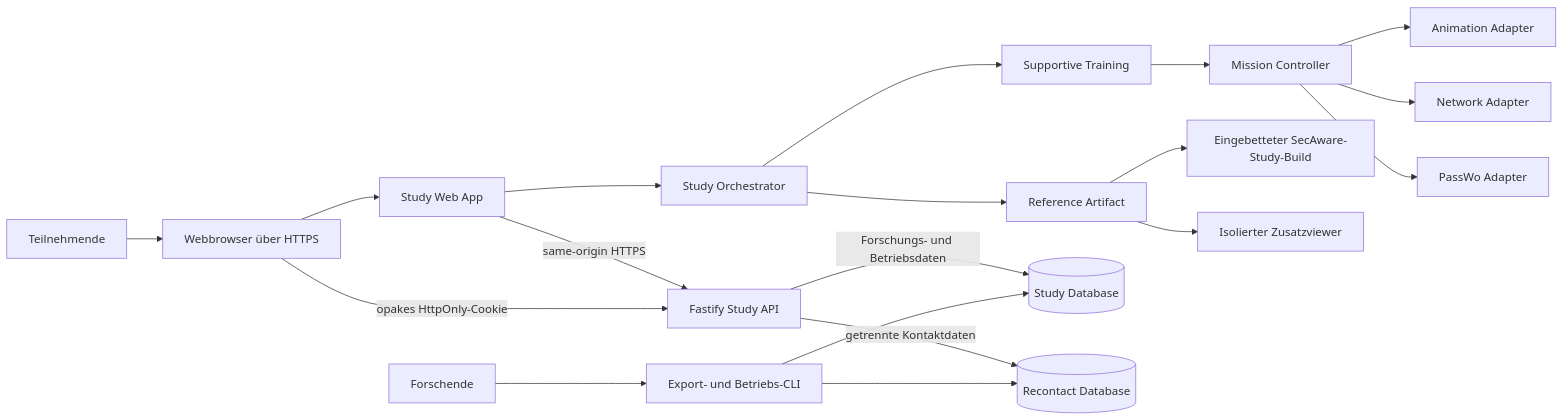
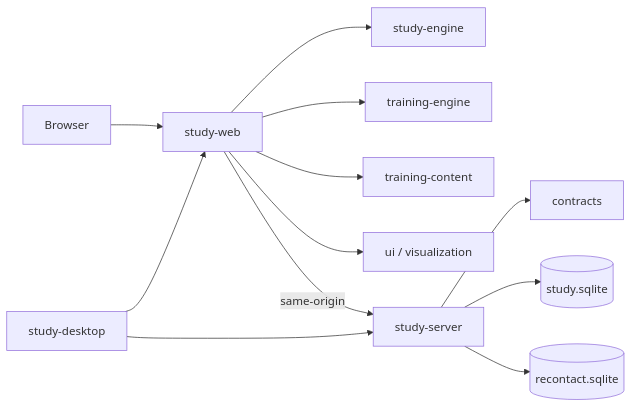
Before and after one commit to GitJestry/passwo-authentication-onboarding: the diagram in docs/architecture/ARCHITECTURE.md, drawn with Mermaid. The commit also changed other lines of this file and 55 other files, not shown here.

````diff
--- a/docs/architecture/ARCHITECTURE.md
+++ b/docs/architecture/ARCHITECTURE.md
@@ -15,21 +9,14 @@
 ```mermaid
 flowchart LR
-  P[Teilnehmende] --> B[Webbrowser über HTTPS]
-  B --> W[Study Web App]
-  W --> O[Study Orchestrator]
-  O --> T[Supportive Training]
-  O --> X[Reference Artifact]
-  T --> M[Mission Controller]
-  M --> A[Animation Adapter]
-  M --> N[Network Adapter]
-  M --> C[PassWo Adapter]
-  W -->|same-origin HTTPS| API[Fastify Study API]
-  API -->|Forschungs- und Betriebsdaten| DB[(Study Database)]
-  API -->|getrennte Kontaktdaten| RC[(Recontact Database)]
-  B -->|opakes HttpOnly-Cookie| API
-  R[Forschende] --> E[Export- und Betriebs-CLI]
-  E --> DB
-  E --> RC
-  X --> S[Eingebetteter SecAware-Study-Build]
-  X --> V[Isolierter Zusatzviewer]
+  Browser --> Web[study-web]
+  Web --> Study[study-engine]
+  Web --> Training[training-engine]
+  Web --> Content[training-content]
+  Web --> UI[ui / visualization]
+  Web -->|same-origin| Server[study-server]
+  Server --> Contracts[contracts]
+  Server --> StudyDB[(study.sqlite)]
+  Server --> RecontactDB[(recontact.sqlite)]
+  Desktop[study-desktop] --> Web
+  Desktop --> Server
 ```
````
